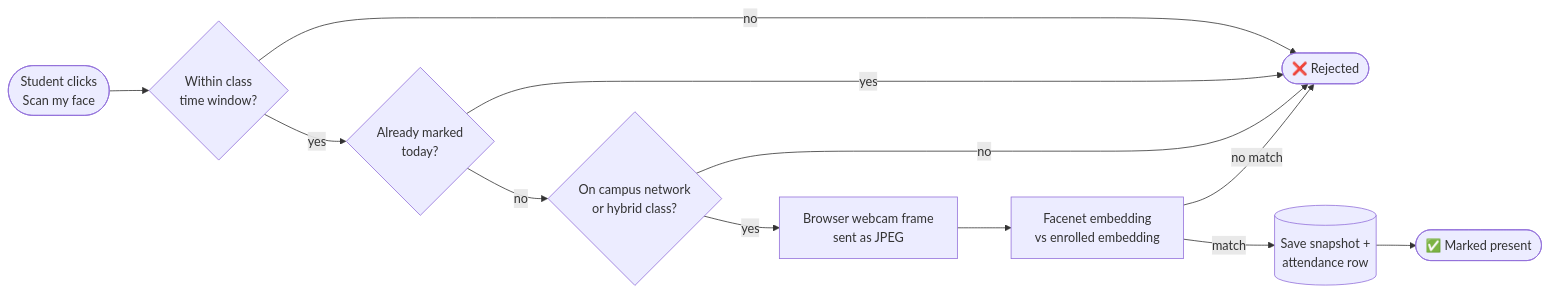
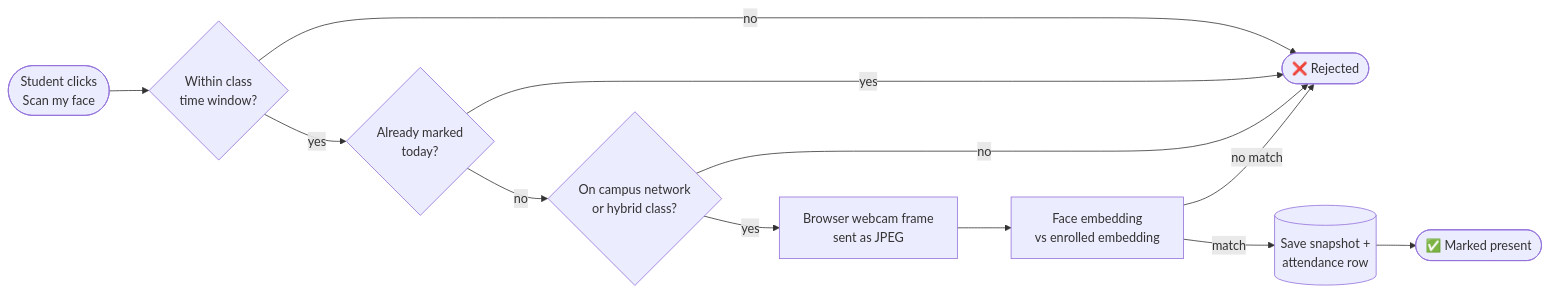
One commit to Divansshi/face-attendance-system changed the first of 3 diagrams in README.md. Above: the diagram before and after it, drawn with Mermaid. The commit also changed other lines of this file and 6 other files, not shown here.

````diff
--- a/README.md
+++ b/README.md
@@ -57,14 +57,14 @@
 ```mermaid
 flowchart LR
     A([Student clicks<br/>Scan my face]) --> B{Within class<br/>time window?}
     B -- no --> X([❌ Rejected])
     B -- yes --> C{Already marked<br/>today?}
     C -- yes --> X
     C -- no --> D{On campus network<br/>or hybrid class?}
     D -- no --> X
     D -- yes --> E[Browser webcam frame<br/>sent as JPEG]
-    E --> F[Facenet embedding<br/>vs enrolled embedding]
+    E --> F[Face embedding<br/>vs enrolled embedding]
     F -- no match --> X
     F -- match --> G[(Save snapshot +<br/>attendance row)]
     G --> H([✅ Marked present])
 ```
````
